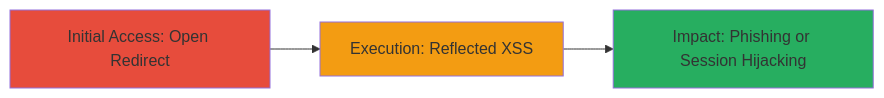
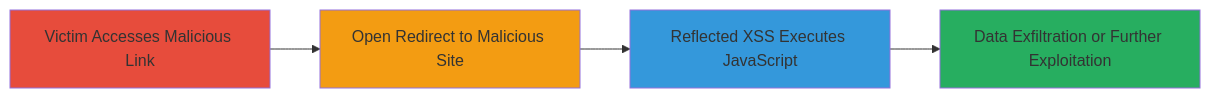
Before and after one commit to redstackio/redstack-vault: the diagram in attack-chains/Reflected-XSS-and-Open-Redirect-via-back_uri-Parameter-on-larksuite.com.md, drawn with Mermaid. The commit also changed other lines of this file and 24 other files, not shown here.

````diff
--- a/attack-chains/Reflected-XSS-and-Open-Redirect-via-back_uri-Parameter-on-larksuite.com.md
+++ b/attack-chains/Reflected-XSS-and-Open-Redirect-via-back_uri-Parameter-on-larksuite.com.md
@@ -61,9 +61,11 @@
 ```mermaid
 graph LR
-    A[Initial Access: Open Redirect] --> B[Execution: Reflected XSS]
-    B --> C[Impact: Phishing or Session Hijacking]
+    A[Victim Accesses Malicious Link] --> B[Open Redirect to Malicious Site]
+    B --> C[Reflected XSS Executes JavaScript]
+    C --> D[Data Exfiltration or Further Exploitation]
 
     style A fill:#e74c3c
     style B fill:#f39c12
-    style C fill:#27ae60
+    style C fill:#3498db
+    style D fill:#27ae60
 ```
````
